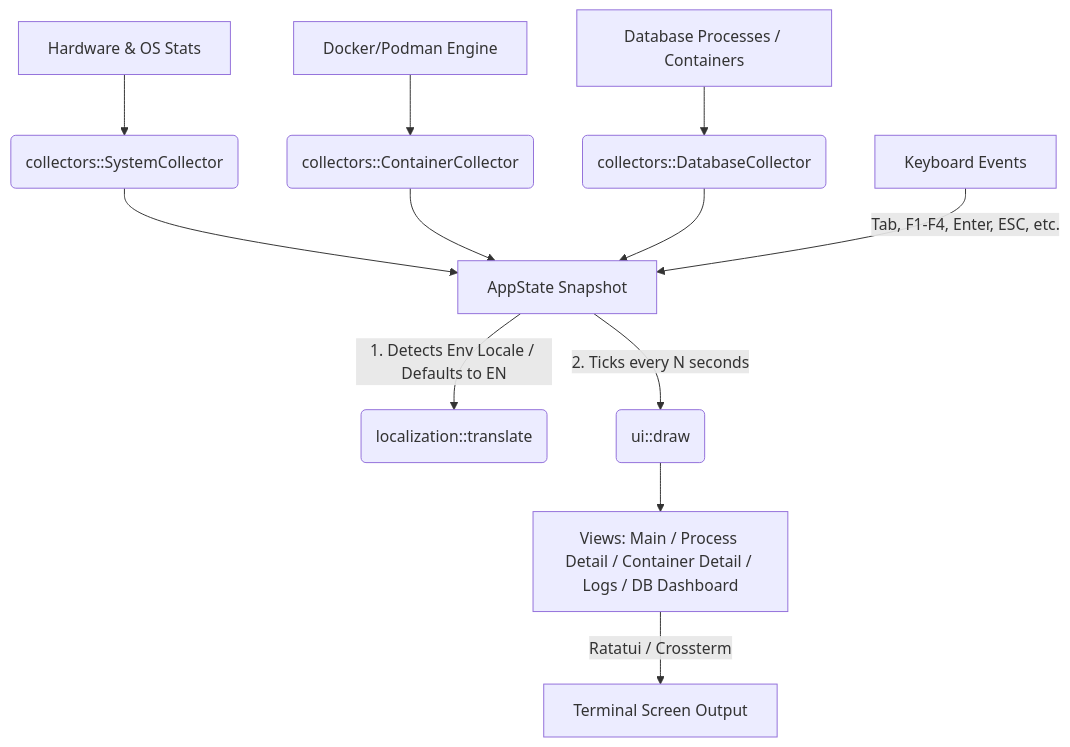
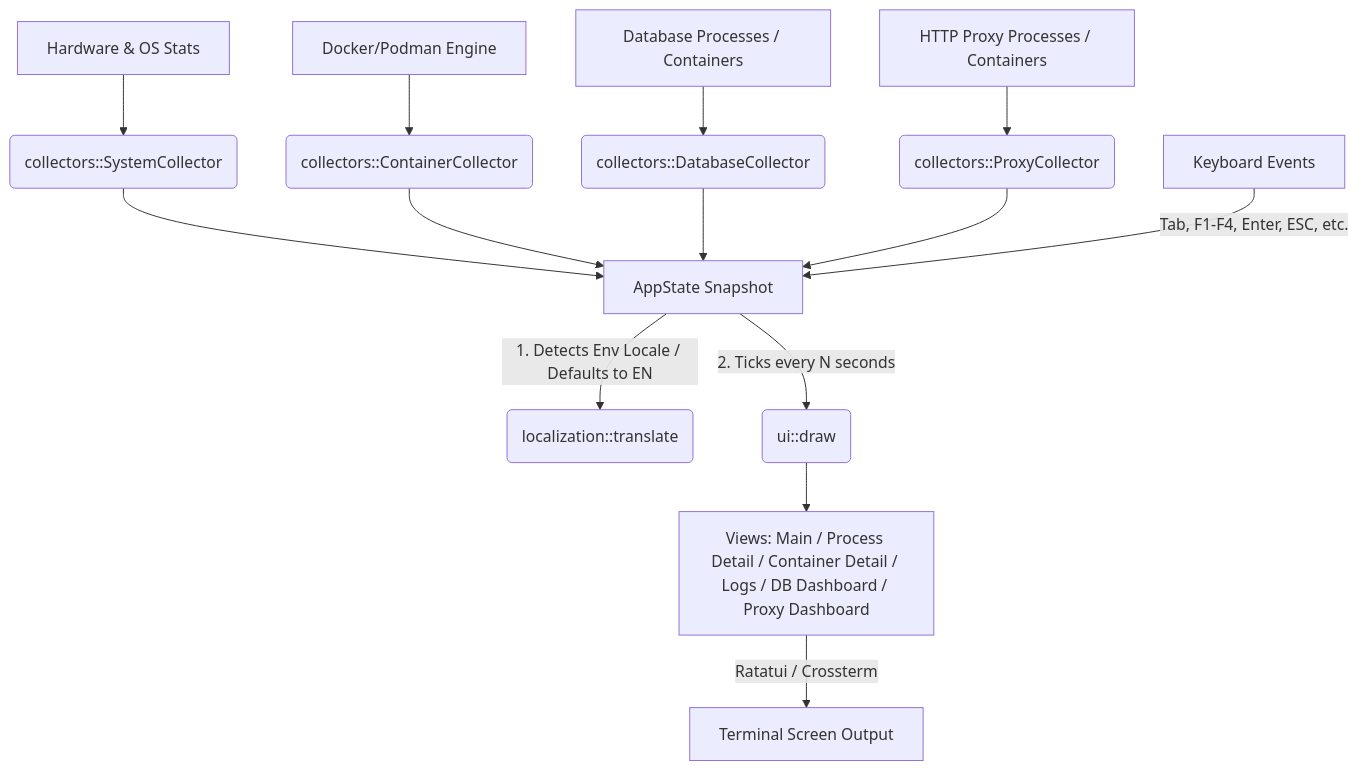
The diagram in README.md (rebienkrdns/rtop), drawn with Mermaid before and after one commit. The commit also changed other lines of this file and 4 other files, not shown here.

First line of the commit message:
feat(RTO-65): HTTP proxy monitoring + v0.2.2 release

````diff
--- a/README.md
+++ b/README.md
@@ -54,18 +55,20 @@
 ```mermaid
 graph TD
     A[Hardware & OS Stats] --> B(collectors::SystemCollector)
     C[Docker/Podman Engine] --> D(collectors::ContainerCollector)
     E[Database Processes / Containers] --> F(collectors::DatabaseCollector)
+    P[HTTP Proxy Processes / Containers] --> Q(collectors::ProxyCollector)
 
     B --> G[AppState Snapshot]
     D --> G
     F --> G
+    Q --> G
 
     G -->|1. Detects Env Locale / Defaults to EN| H(localization::translate)
     G -->|2. Ticks every N seconds| I(ui::draw)
 
-    I --> J[Views: Main / Process Detail / Container Detail / Logs / DB Dashboard]
+    I --> J[Views: Main / Process Detail / Container Detail / Logs / DB Dashboard / Proxy Dashboard]
     J -->|Ratatui / Crossterm| K[Terminal Screen Output]
 
     L[Keyboard Events] -->|Tab, F1-F4, Enter, ESC, etc.| G
 ```
````
